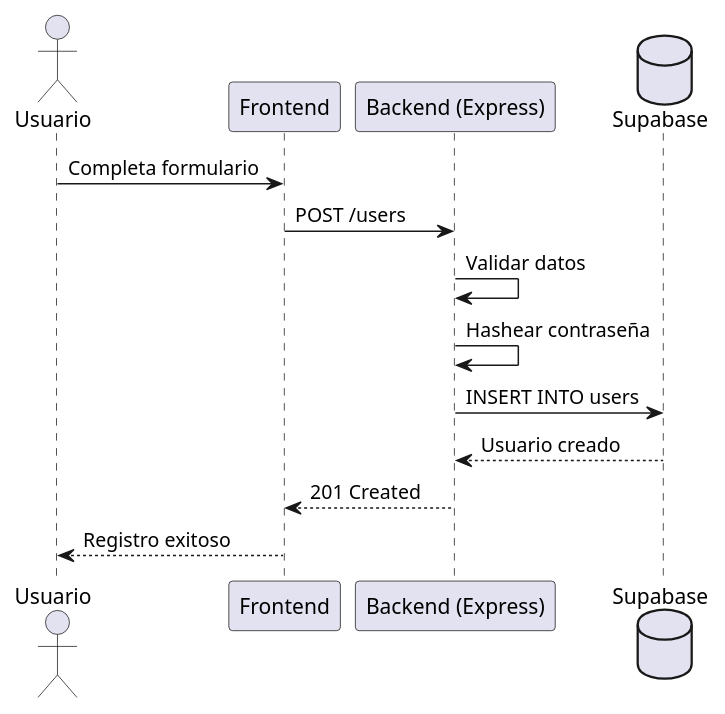
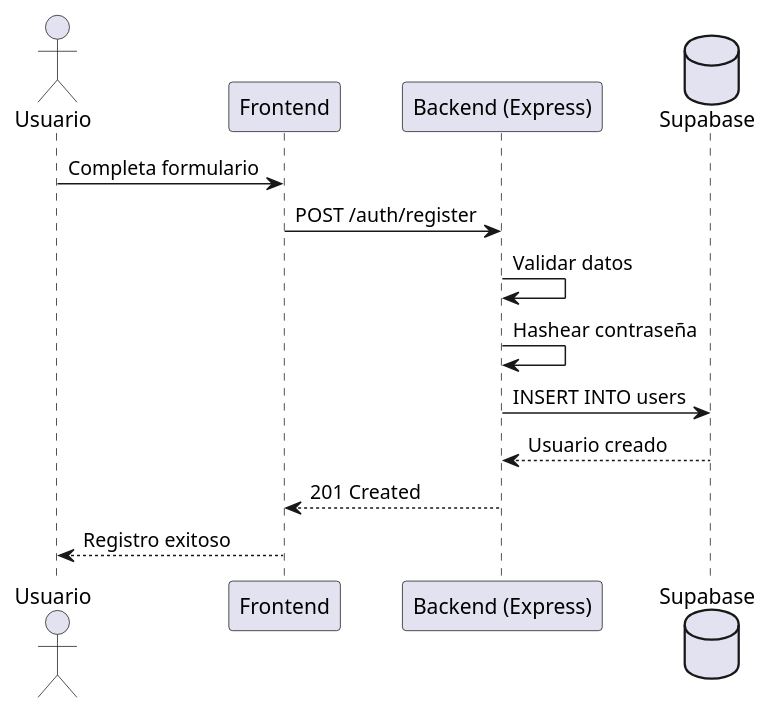
One commit to lukasa133/proyecto-foro-musica changed the diagram in docs/diagramaSecuencia/HU-01-RegistroUsuario.puml. Above: the diagram before and after it, drawn with PlantUML. The commit also changed 2 other files, not shown here.

```diff
--- a/docs/diagramaSecuencia/HU-01-RegistroUsuario.puml
+++ b/docs/diagramaSecuencia/HU-01-RegistroUsuario.puml
@@ -1,25 +1,19 @@
 @startuml
 
 actor Usuario
 
 participant Frontend
 participant "Backend (Express)" as Backend
 database Supabase
 
 Usuario -> Frontend : Completa formulario
-
-Frontend -> Backend : POST /users
-
+Frontend -> Backend : POST /auth/register
 Backend -> Backend : Validar datos
-
 Backend -> Backend : Hashear contraseña
-
 Backend -> Supabase : INSERT INTO users
 
 Supabase --> Backend : Usuario creado
-
 Backend --> Frontend : 201 Created
-
 Frontend --> Usuario : Registro exitoso
 
 @enduml
```
